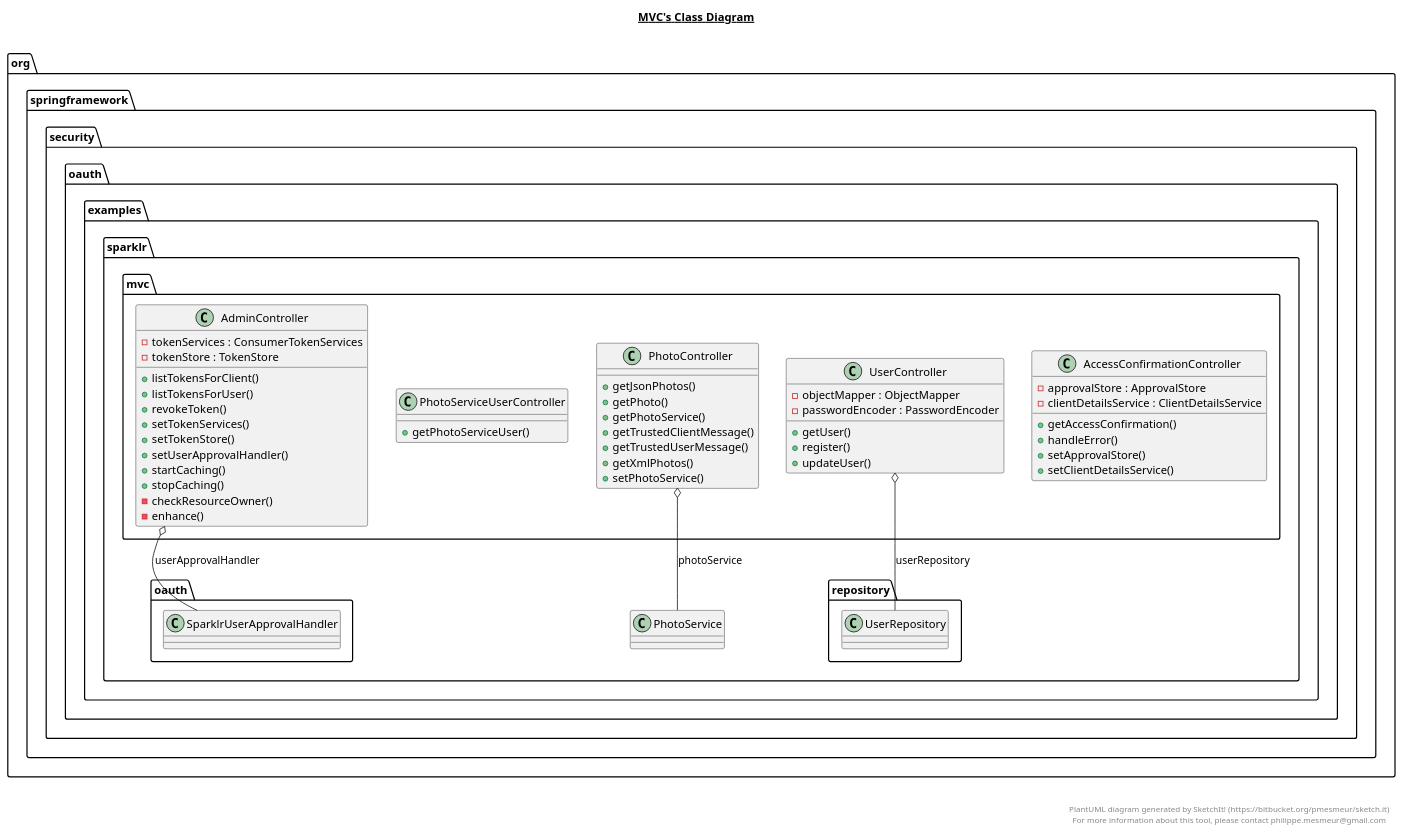
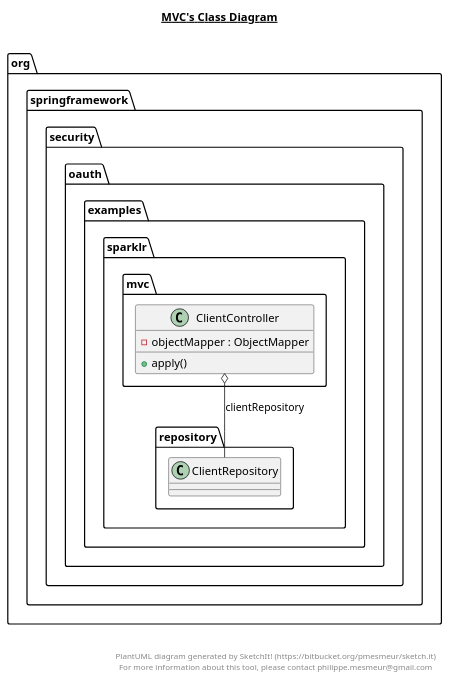
The diagram in samples/oauth2/sparklr/src/main/java/org/springframework/security/oauth/examples/sparklr/mvc/mvc.plantuml (zwan2016/spring-security-oauth), drawn with PlantUML before and after one commit. The commit also changed 11 other files, not shown here.

Commit message:
client registration flow update

```diff
--- a/samples/oauth2/sparklr/src/main/java/org/springframework/security/oauth/examples/sparklr/mvc/mvc.plantuml
+++ b/samples/oauth2/sparklr/src/main/java/org/springframework/security/oauth/examples/sparklr/mvc/mvc.plantuml
@@ -1,88 +1,27 @@
 @startuml
 
 title __MVC's Class Diagram__\n
-
-  namespace org.springframework.security.oauth.examples.sparklr {
-    namespace mvc {
-      class org.springframework.security.oauth.examples.sparklr.mvc.AccessConfirmationController {
-          - approvalStore : ApprovalStore
-          - clientDetailsService : ClientDetailsService
-          + getAccessConfirmation()
-          + handleError()
-          + setApprovalStore()
-          + setClientDetailsService()
-      }
-    }
-  }
   
 
   namespace org.springframework.security.oauth.examples.sparklr {
     namespace mvc {
-      class org.springframework.security.oauth.examples.sparklr.mvc.AdminController {
-          - tokenServices : ConsumerTokenServices
-          - tokenStore : TokenStore
-          + listTokensForClient()
-          + listTokensForUser()
-          + revokeToken()
-          + setTokenServices()
-          + setTokenStore()
-          + setUserApprovalHandler()
-          + startCaching()
-          + stopCaching()
-          - checkResourceOwner()
-          - enhance()
+      class org.springframework.security.oauth.examples.sparklr.mvc.ClientController {
+          - objectMapper : ObjectMapper
+          + apply()
       }
     }
   }
+
   
 
-  namespace org.springframework.security.oauth.examples.sparklr {
-    namespace mvc {
-      class org.springframework.security.oauth.examples.sparklr.mvc.PhotoController {
-          + getJsonPhotos()
-          + getPhoto()
-          + getPhotoService()
-          + getTrustedClientMessage()
-          + getTrustedUserMessage()
-          + getXmlPhotos()
-          + setPhotoService()
-      }
-    }
-  }
-  
-
-  namespace org.springframework.security.oauth.examples.sparklr {
-    namespace mvc {
-      class org.springframework.security.oauth.examples.sparklr.mvc.PhotoServiceUserController {
-          + getPhotoServiceUser()
-      }
-    }
-  }
-  
-
-  namespace org.springframework.security.oauth.examples.sparklr {
-    namespace mvc {
-      class org.springframework.security.oauth.examples.sparklr.mvc.UserController {
-          - objectMapper : ObjectMapper
-          - passwordEncoder : PasswordEncoder
-          + getUser()
-          + register()
-          + updateUser()
-      }
-    }
-  }
-  
-
-  org.springframework.security.oauth.examples.sparklr.mvc.AdminController o-- org.springframework.security.oauth.examples.sparklr.oauth.SparklrUserApprovalHandler : userApprovalHandler
-  org.springframework.security.oauth.examples.sparklr.mvc.PhotoController o-- org.springframework.security.oauth.examples.sparklr.PhotoService : photoService
-  org.springframework.security.oauth.examples.sparklr.mvc.UserController o-- org.springframework.security.oauth.examples.sparklr.repository.UserRepository : userRepository
+  org.springframework.security.oauth.examples.sparklr.mvc.ClientController o-- org.springframework.security.oauth.examples.sparklr.repository.ClientRepository : clientRepository
 
 
 right footer
 
 
 PlantUML diagram generated by SketchIt! (https://bitbucket.org/pmesmeur/sketch.it)
 For more information about this tool, please contact philippe.mesmeur@gmail.com
 endfooter
 
 @enduml
```
